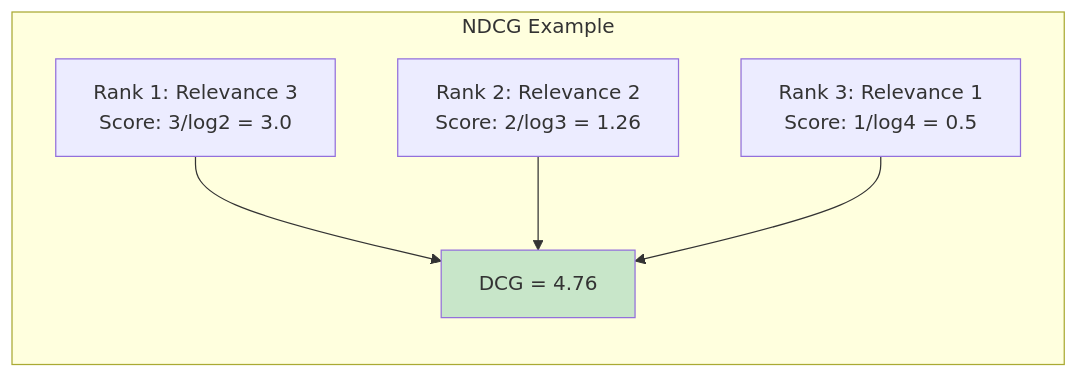
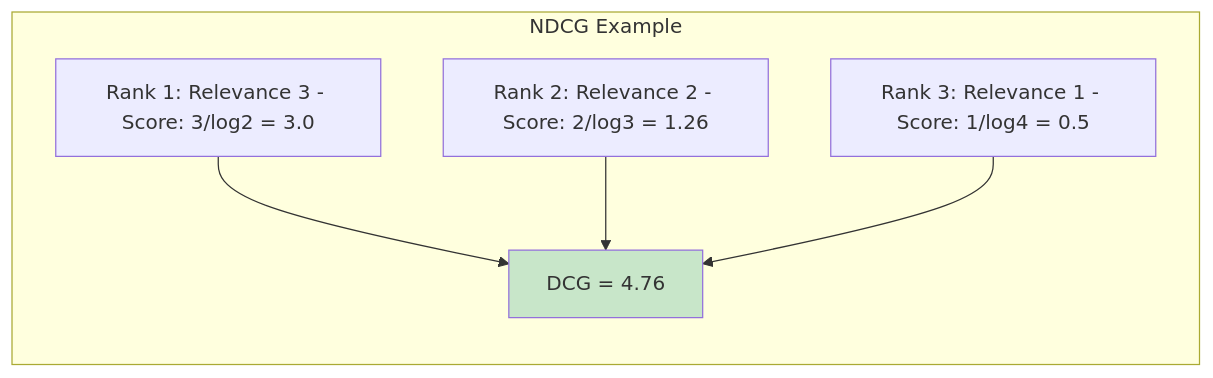
One commit to indhra/llm_rag_sec_findings changed the fourth of 8 diagrams in docs/learning/07-evaluation-metrics.md. Above: the diagram before and after it, drawn with Mermaid. The commit also changed other lines of this file and 9 other files, not shown here.

````diff
--- a/docs/learning/07-evaluation-metrics.md
+++ b/docs/learning/07-evaluation-metrics.md
@@ -151,14 +151,14 @@
 ```mermaid
 graph LR
     subgraph "NDCG Example"
-        R1[Rank 1: Relevance 3<br/>Score: 3/log2 = 3.0]
-        R2[Rank 2: Relevance 2<br/>Score: 2/log3 = 1.26]
-        R3[Rank 3: Relevance 1<br/>Score: 1/log4 = 0.5]
+        R1[Rank 1: Relevance 3 - Score: 3/log2 = 3.0]
+        R2[Rank 2: Relevance 2 - Score: 2/log3 = 1.26]
+        R3[Rank 3: Relevance 1 - Score: 1/log4 = 0.5]
         
         R1 --> SUM[DCG = 4.76]
         R2 --> SUM
         R3 --> SUM
     end
     
     style SUM fill:#c8e6c9
 ```
````
